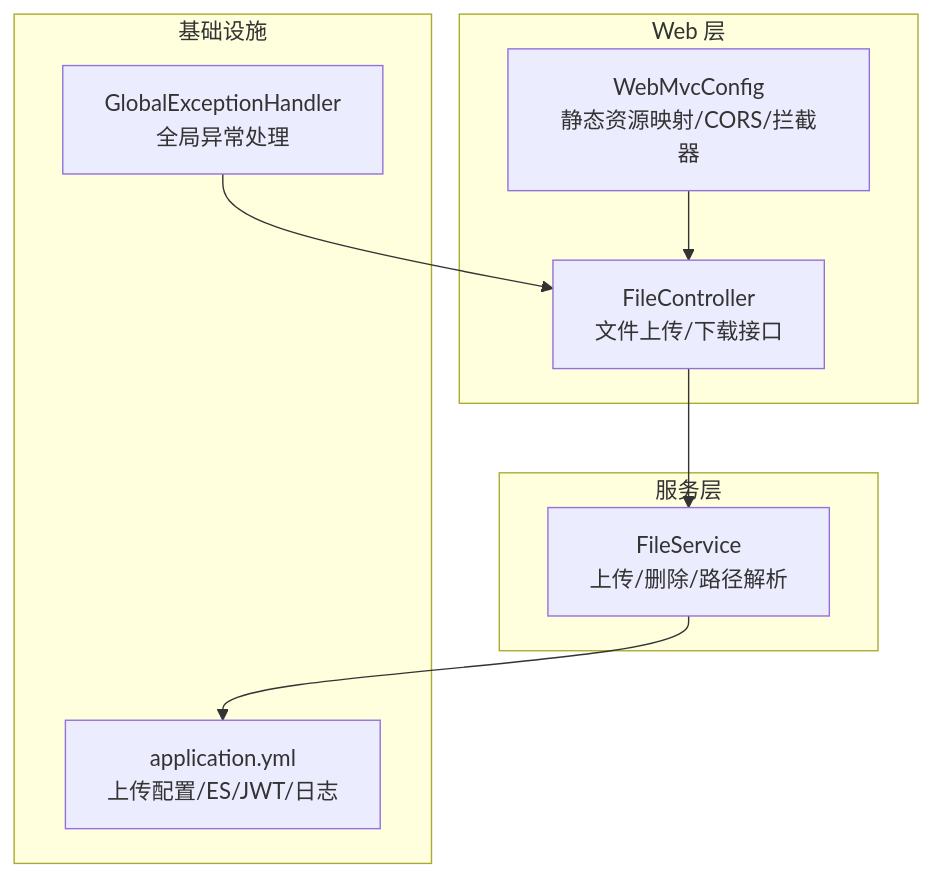
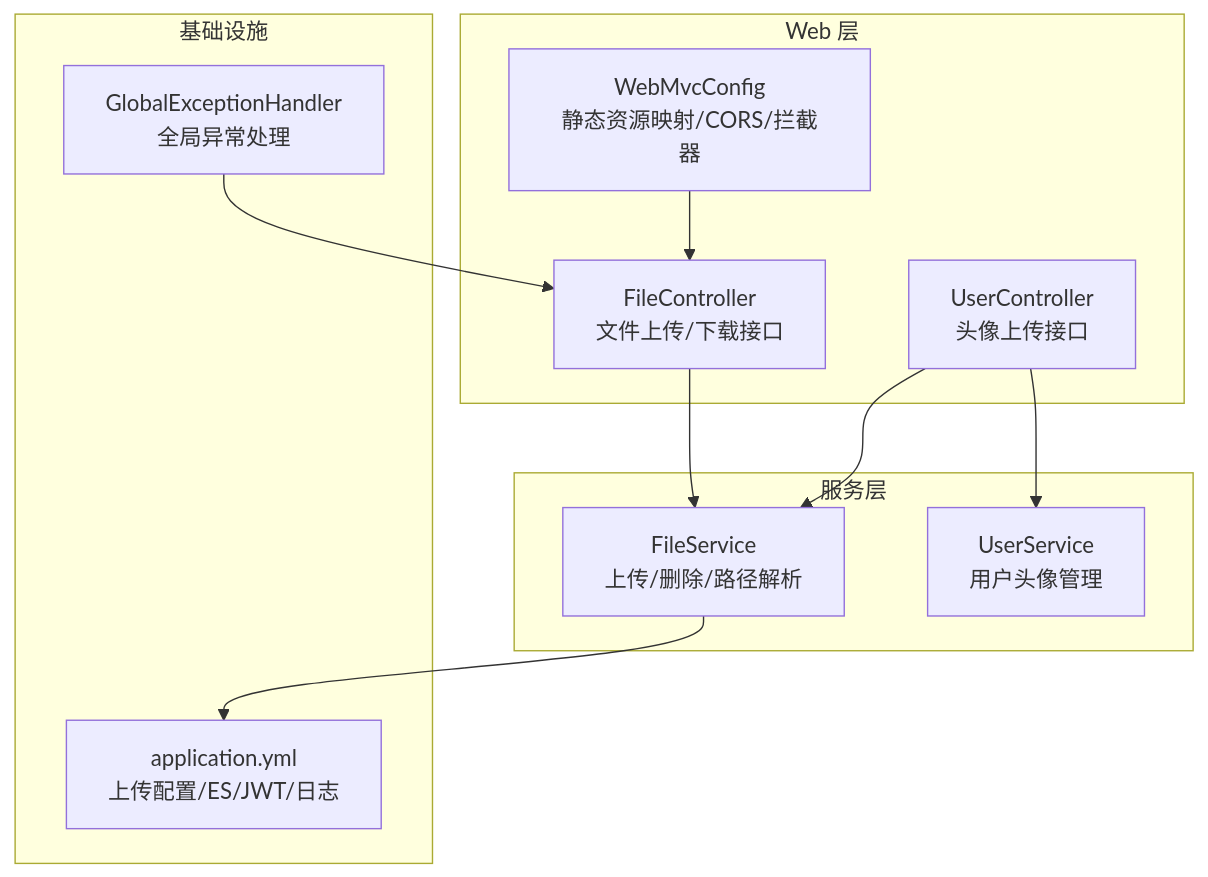
One commit to 20164206160/zhishilu changed the first of 6 diagrams in .qoder/repowiki/zh/content/文件上传系统.md. Above: the diagram before and after it, drawn with Mermaid. The commit also changed other lines of this file and 28 other files, not shown here.

````diff
--- a/.qoder/repowiki/zh/content/文件上传系统.md
+++ b/.qoder/repowiki/zh/content/文件上传系统.md
@@ -39,18 +44,22 @@
 ```mermaid
 graph TB
 subgraph "Web 层"
 FC["FileController<br/>文件上传/下载接口"]
+UC["UserController<br/>头像上传接口"]
 WMC["WebMvcConfig<br/>静态资源映射/CORS/拦截器"]
 end
 subgraph "服务层"
 FS["FileService<br/>上传/删除/路径解析"]
+US["UserService<br/>用户头像管理"]
 end
 subgraph "基础设施"
 CFG["application.yml<br/>上传配置/ES/JWT/日志"]
 EX["GlobalExceptionHandler<br/>全局异常处理"]
 end
 FC --> FS
+UC --> FS
+UC --> US
 WMC --> FC
 FS --> CFG
 EX --> FC
 ```
````
